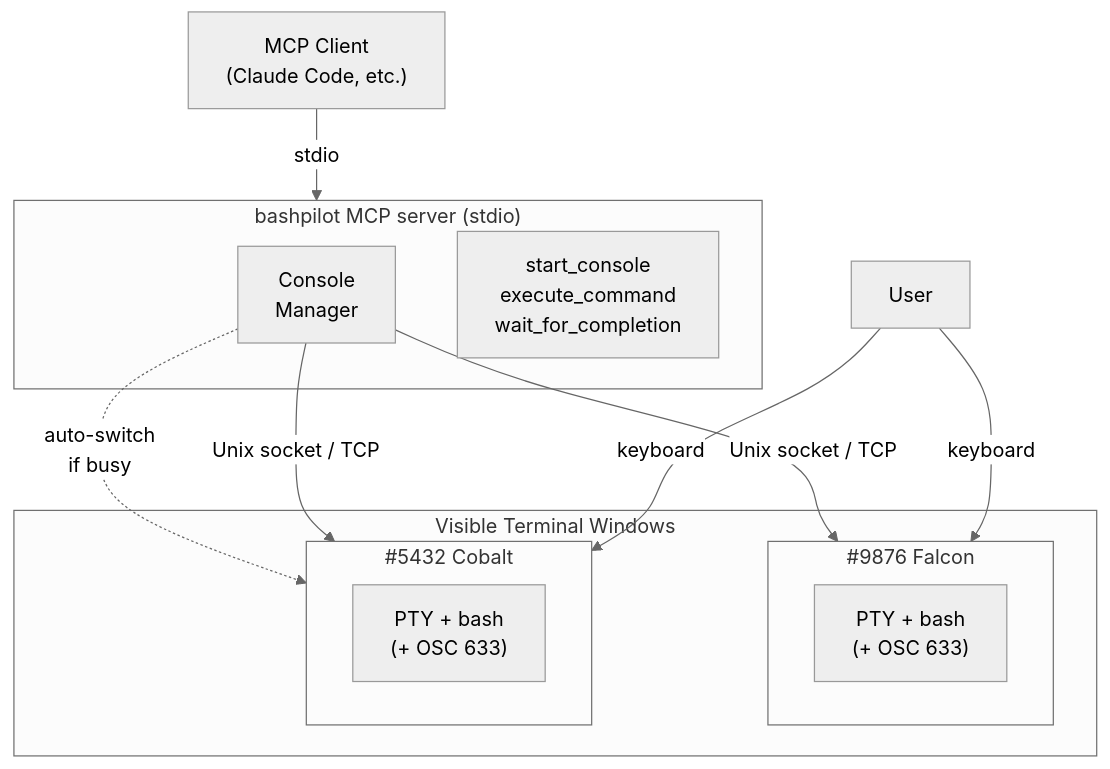
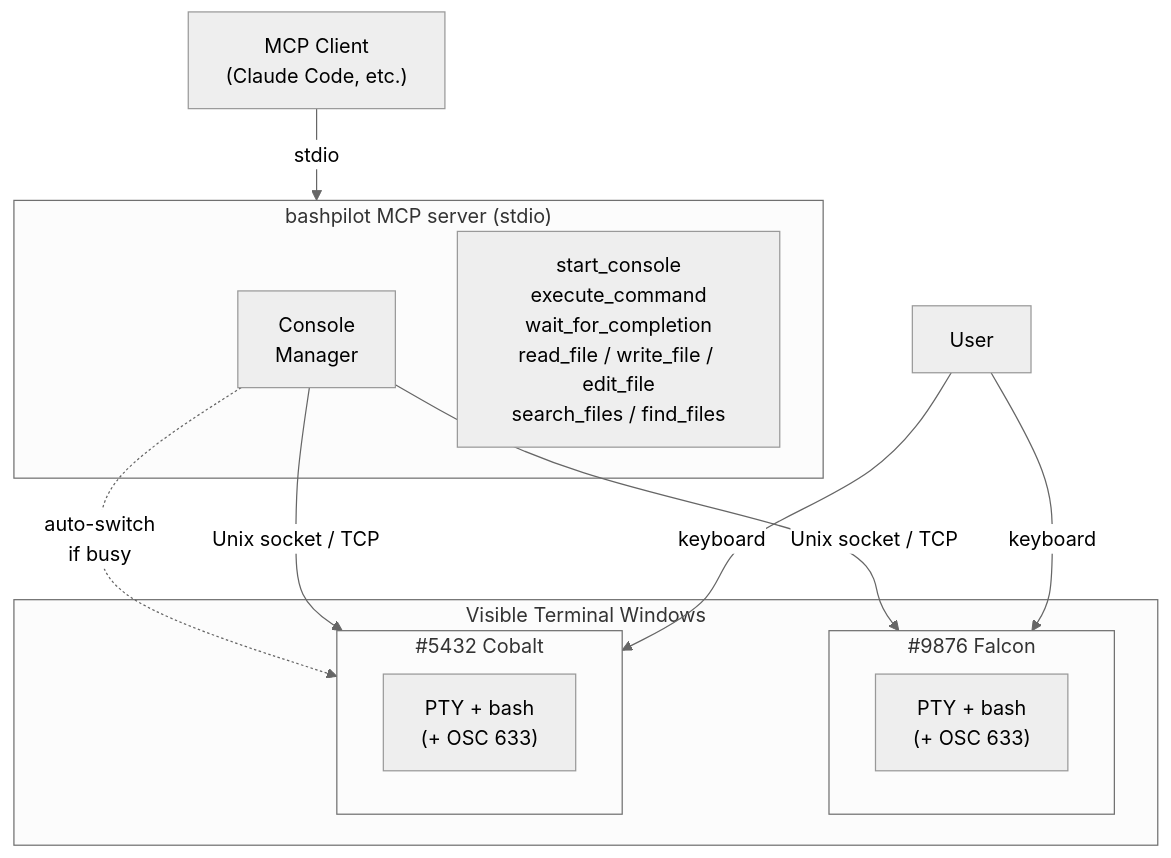
One commit to yotsuda/bashpilot changed the diagram in README.md. Above: the diagram before and after it, drawn with Mermaid (neutral theme). The commit also changed other lines of this file, not shown here.

Commit message:
README review: add file tools to table and diagram, fix PS7 link

````diff
--- a/README.md
+++ b/README.md
@@ -29,25 +29,25 @@
 ```mermaid
 graph TB
     Client["MCP Client<br/>(Claude Code, etc.)"]
 
     subgraph MCP["bashpilot MCP server (stdio)"]
         CM["Console<br/>Manager"]
-        Tools["start_console<br/>execute_command<br/>wait_for_completion"]
+        Tools["start_console<br/>execute_command<br/>wait_for_completion<br/>read_file / write_file / edit_file<br/>search_files / find_files"]
     end
 
     subgraph Consoles["Visible Terminal Windows"]
         subgraph C1["#9876 Falcon"]
             PTY1["PTY + bash<br/>(+ OSC 633)"]
         end
         subgraph C2["#5432 Cobalt"]
             PTY2["PTY + bash<br/>(+ OSC 633)"]
         end
     end
 
     User["User"] -- "keyboard" --> C1
     User -- "keyboard" --> C2
     Client -- "stdio" --> MCP
     CM -- "Unix socket / TCP" --> C1
     CM -- "Unix socket / TCP" --> C2
     CM -. "auto-switch<br/>if busy" .-> C2
 ```
````
